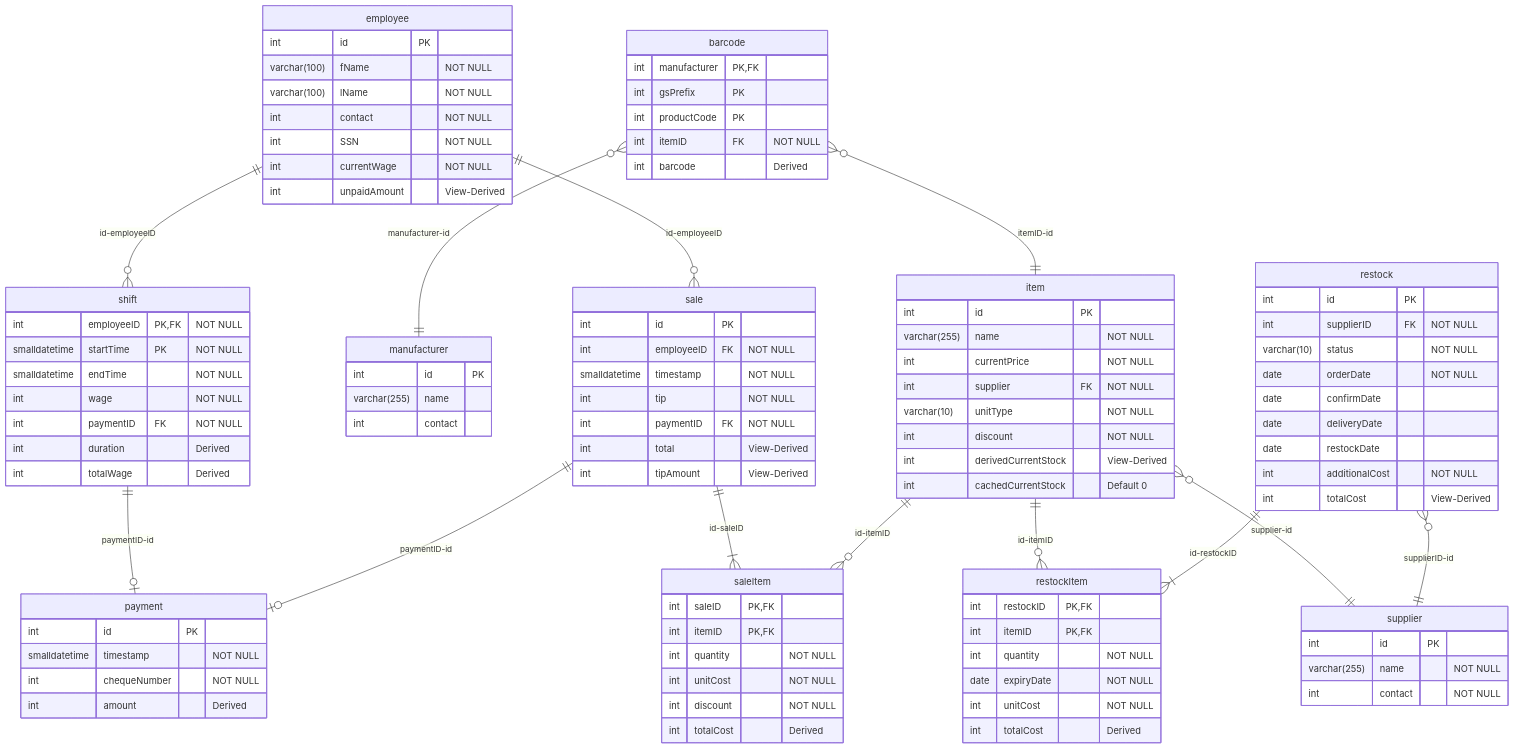
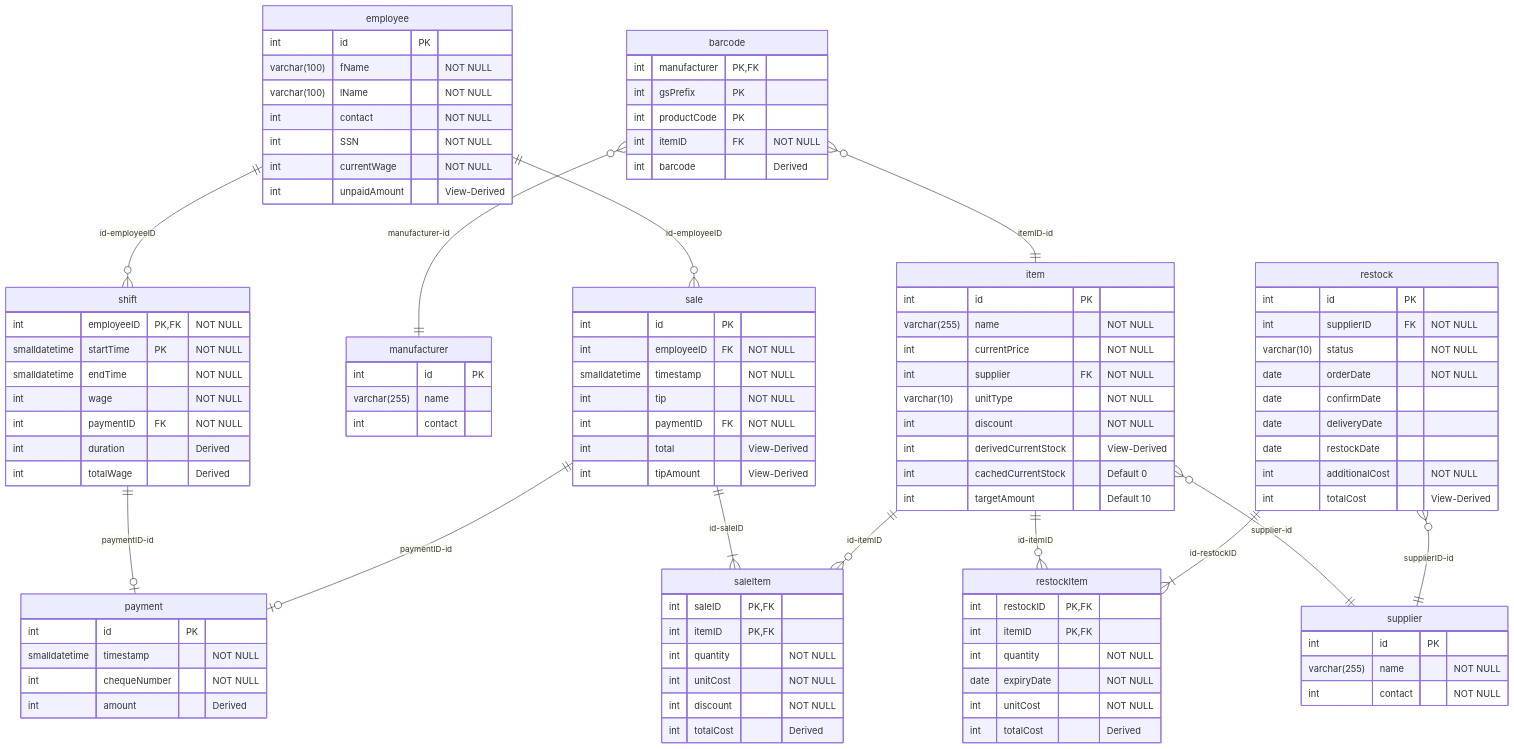
One commit to tnichols217/notes changed the diagram in CSDS 341 - Intro to Databases/Project/ER Diagram.md. Above: the diagram before and after it, drawn with Mermaid. The commit also changed 26 other files, not shown here.

```diff
--- a/CSDS 341 - Intro to Databases/Project/ER Diagram.md
+++ b/CSDS 341 - Intro to Databases/Project/ER Diagram.md
@@ -16,6 +16,7 @@
 		int discount "NOT NULL"
 		int derivedCurrentStock "View-Derived"
 		int cachedCurrentStock "Default 0"
+		int targetAmount "Default 10"
 	}
 	manufacturer {
 		int id PK
```
